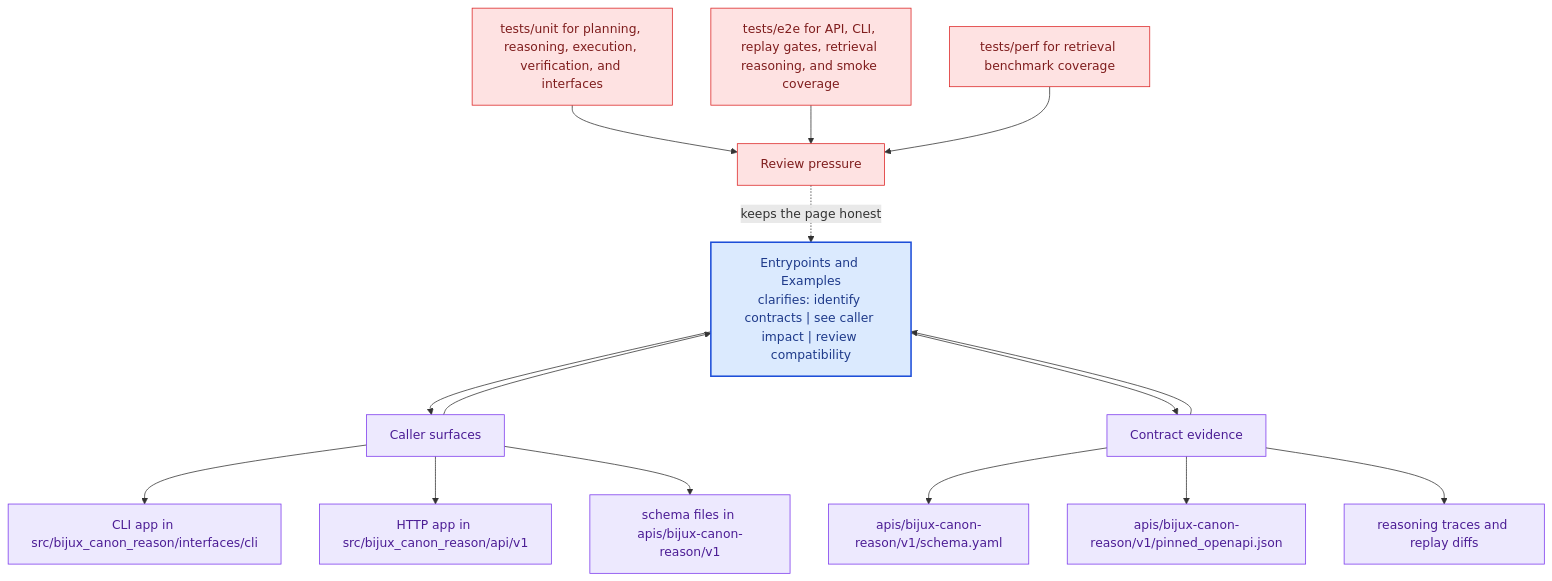
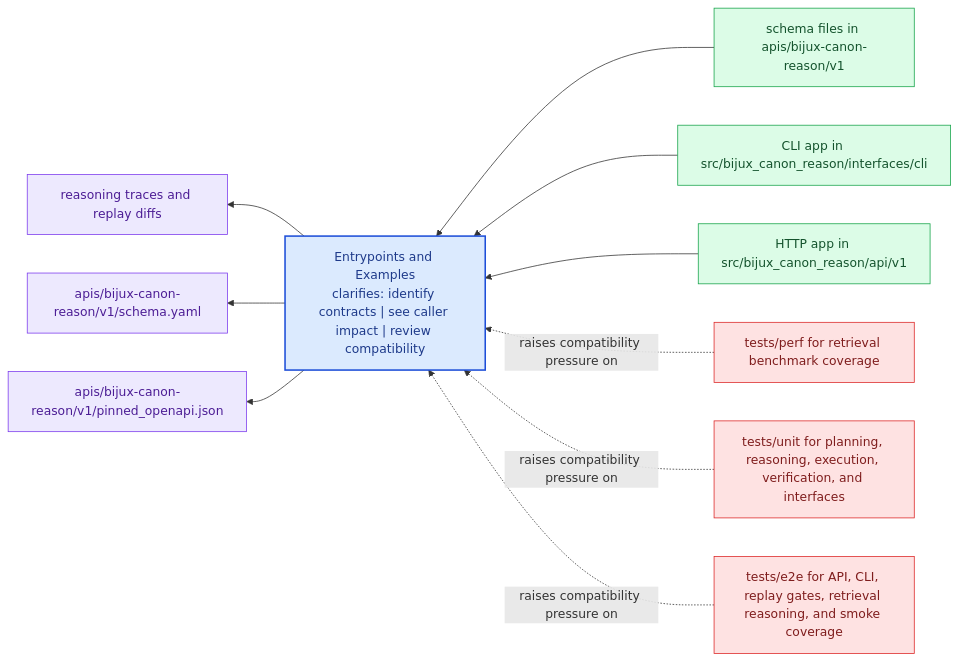
The diagram in docs/bijux-canon-reason/interfaces/entrypoints-and-examples.md (bijux/bijux-canon), drawn with Mermaid before and after one commit. The commit also changed other lines of this file and 281 other files, not shown here.

Commit message:
docs(diagrams): replace repeated mermaid scaffolds with page-specific summaries

````diff
--- a/docs/bijux-canon-reason/interfaces/entrypoints-and-examples.md
+++ b/docs/bijux-canon-reason/interfaces/entrypoints-and-examples.md
@@ -67,41 +22,31 @@
 ```mermaid
-flowchart TB
-    promise["Entrypoints and Examples<br/>clarifies: identify contracts | see caller impact | review compatibility"]
-    classDef promise fill:#dbeafe,stroke:#1d4ed8,color:#1e3a8a,stroke-width:2px;
-    classDef driver fill:#dcfce7,stroke:#16a34a,color:#14532d;
-    classDef constraint fill:#fee2e2,stroke:#dc2626,color:#7f1d1d;
-    classDef ground fill:#ede9fe,stroke:#7c3aed,color:#4c1d95;
-    focus1["Caller surfaces"]
-    focus1 --> promise
-    promise --> focus1
-    focus1_1["CLI app in src/bijux_canon_reason/interfaces/cli"]
-    focus1 --> focus1_1
-    focus1_2["HTTP app in src/bijux_canon_reason/api/v1"]
-    focus1 --> focus1_2
-    focus1_3["schema files in apis/bijux-canon-reason/v1"]
-    focus1 --> focus1_3
-    class focus1 ground;
-    class focus1_1,focus1_2,focus1_3 ground;
-    focus2["Contract evidence"]
-    focus2 --> promise
-    promise --> focus2
-    focus2_1["apis/bijux-canon-reason/v1/schema.yaml"]
-    focus2 --> focus2_1
-    focus2_2["apis/bijux-canon-reason/v1/pinned_openapi.json"]
-    focus2 --> focus2_2
-    focus2_3["reasoning traces and replay diffs"]
-    focus2 --> focus2_3
-    class focus2 ground;
-    class focus2_1,focus2_2,focus2_3 ground;
-    focus3["Review pressure"]
-    focus3 -.keeps the page honest.-> promise
-    focus3_1["tests/unit for planning, reasoning, execution, verification, and interfaces"]
-    focus3_1 --> focus3
-    focus3_2["tests/e2e for API, CLI, replay gates, retrieval reasoning, and smoke coverage"]
-    focus3_2 --> focus3
-    focus3_3["tests/perf for retrieval benchmark coverage"]
-    focus3_3 --> focus3
-    class focus3 constraint;
-    class focus3_1,focus3_2,focus3_3 constraint;
-    class promise promise;
+flowchart RL
+    page["Entrypoints and Examples<br/>clarifies: identify contracts | see caller impact | review compatibility"]
+    classDef page fill:#dbeafe,stroke:#1d4ed8,color:#1e3a8a,stroke-width:2px;
+    classDef positive fill:#dcfce7,stroke:#16a34a,color:#14532d;
+    classDef caution fill:#fee2e2,stroke:#dc2626,color:#7f1d1d;
+    classDef anchor fill:#ede9fe,stroke:#7c3aed,color:#4c1d95;
+    classDef action fill:#fef3c7,stroke:#d97706,color:#7c2d12;
+    surface1["schema files in apis/bijux-canon-reason/v1"]
+    surface1 --> page
+    surface2["CLI app in src/bijux_canon_reason/interfaces/cli"]
+    surface2 --> page
+    surface3["HTTP app in src/bijux_canon_reason/api/v1"]
+    surface3 --> page
+    proof1["reasoning traces and replay diffs"]
+    page --> proof1
+    proof2["apis/bijux-canon-reason/v1/schema.yaml"]
+    page --> proof2
+    proof3["apis/bijux-canon-reason/v1/pinned_openapi.json"]
+    page --> proof3
+    review1["tests/perf for retrieval benchmark coverage"]
+    review1 -.raises compatibility pressure on.-> page
+    review2["tests/unit for planning, reasoning, execution, verification, and interfaces"]
+    review2 -.raises compatibility pressure on.-> page
+    review3["tests/e2e for API, CLI, replay gates, retrieval reasoning, and smoke coverage"]
+    review3 -.raises compatibility pressure on.-> page
+    class page page;
+    class surface1,surface2,surface3 positive;
+    class proof1,proof2,proof3 anchor;
+    class review1,review2,review3 caution;
 ```
````
